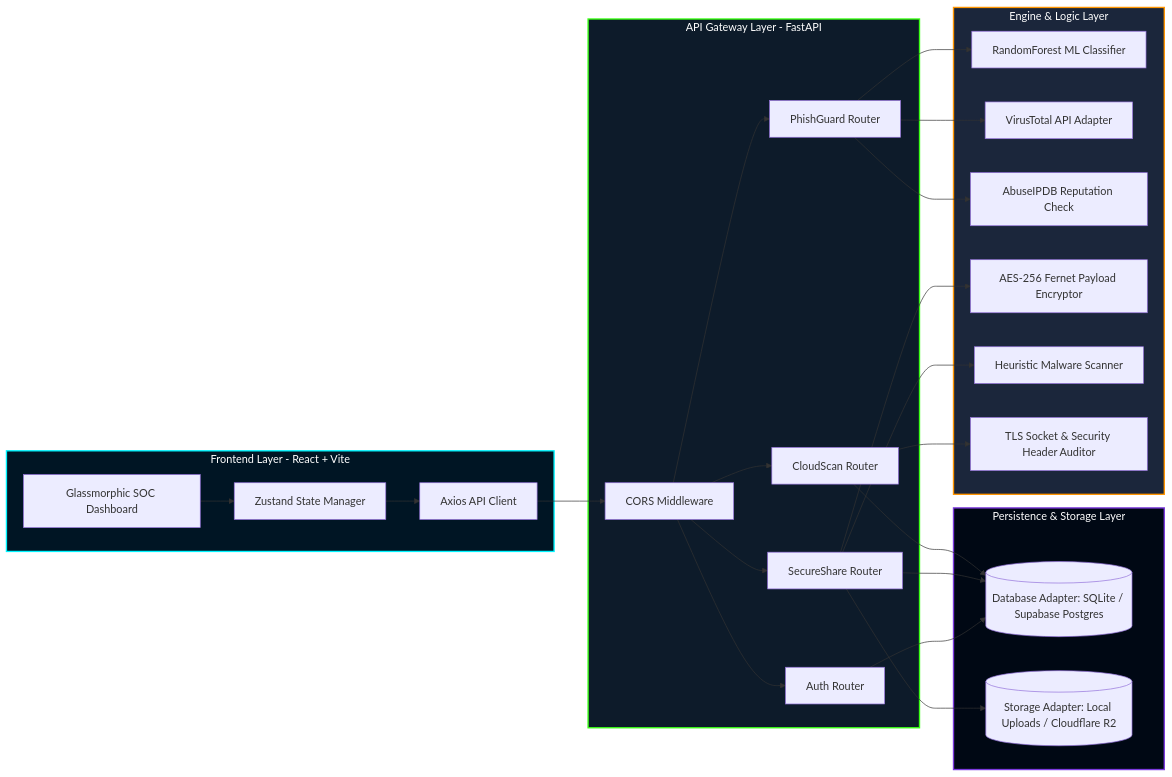
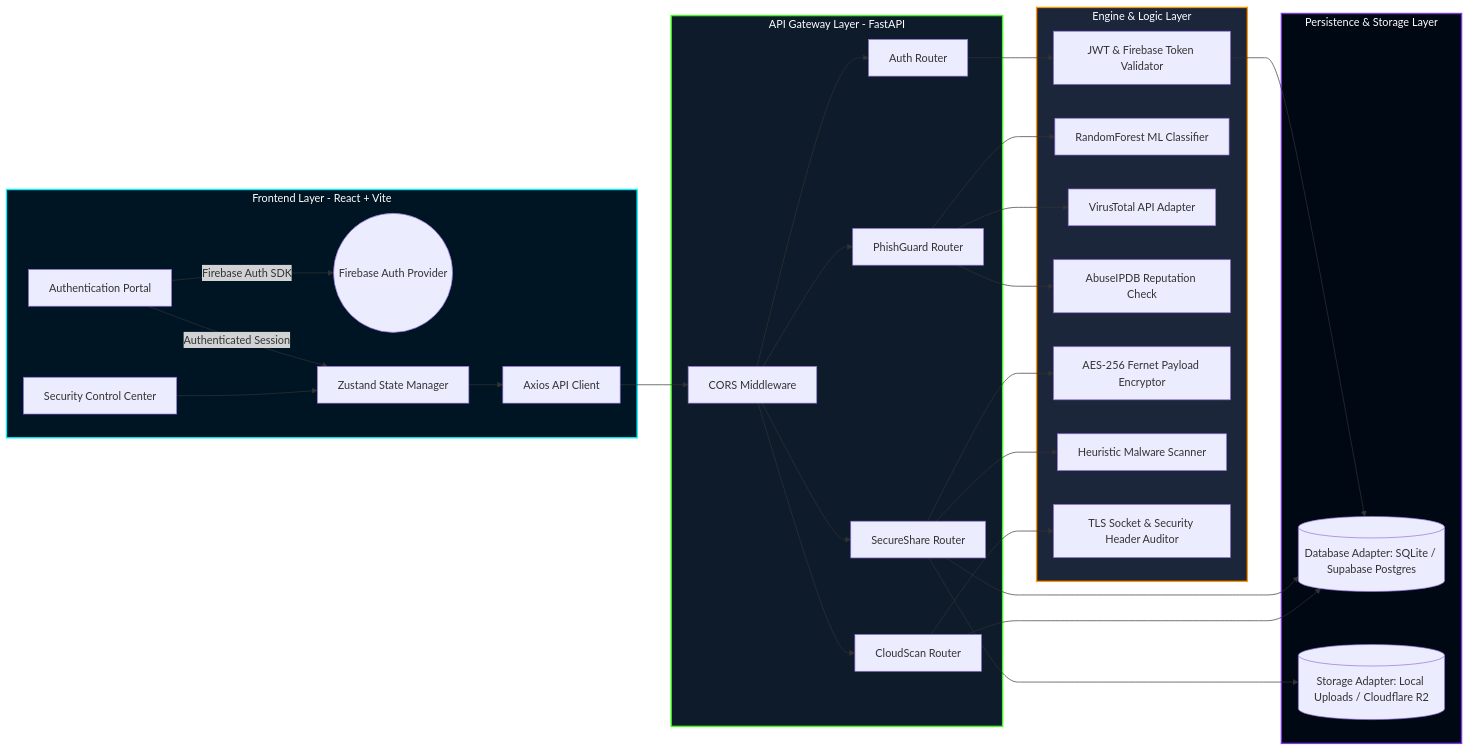
One commit to saturn-16/Cyber-Sphere changed the diagram in README.md. Above: the diagram before and after it, drawn with Mermaid. The commit also changed other lines of this file, not shown here.

Commit message:
docs: update README with architecture and firebase authentication

````diff
--- a/README.md
+++ b/README.md
@@ -16,43 +16,46 @@
 ```mermaid
 graph LR
     %% Frontend Layer
     subgraph Client [Frontend Layer - React + Vite]
-        UI[Glassmorphic SOC Dashboard] --> Store[Zustand State Manager]
+        AuthPortal[Authentication Portal] --> |Firebase Auth SDK| FB_Auth((Firebase Auth Provider))
+        AuthPortal --> |Authenticated Session| Store[Zustand State Manager]
+        UI[Security Control Center] --> Store
         Store --> API_Client[Axios API Client]
     end
 
     %% API Gateway Layer
     subgraph Gateway [API Gateway Layer - FastAPI]
         API_Client --> CORS[CORS Middleware]
         CORS --> AuthRouter[Auth Router]
         CORS --> PhishRouter[PhishGuard Router]
         CORS --> ShareRouter[SecureShare Router]
         CORS --> ScanRouter[CloudScan Router]
     end
 
     %% Engine & Logic Layer
     subgraph Engines [Engine & Logic Layer]
+        AuthRouter --> Token_Val[JWT & Firebase Token Validator]
         PhishRouter --> ML_Engine[RandomForest ML Classifier]
         PhishRouter --> VT_API[VirusTotal API Adapter]
         PhishRouter --> Abuse_API[AbuseIPDB Reputation Check]
         
         ShareRouter --> Fernet_Enc[AES-256 Fernet Payload Encryptor]
         ShareRouter --> Mal_Scanner[Heuristic Malware Scanner]
         
         ScanRouter --> Aud_Scan[TLS Socket & Security Header Auditor]
     end
 
     %% Database & Storage Layer
     subgraph Storage [Persistence & Storage Layer]
-        AuthRouter --> DB_Adapter[(Database Adapter: SQLite / Supabase Postgres)]
+        Token_Val --> DB_Adapter[(Database Adapter: SQLite / Supabase Postgres)]
         ShareRouter --> DB_Adapter
         ShareRouter --> R2_Storage[(Storage Adapter: Local Uploads / Cloudflare R2)]
         ScanRouter --> DB_Adapter
     end
 
     %% Custom Styling
     style Client fill:#001524,stroke:#00f5ff,stroke-width:2px,color:#fff
     style Gateway fill:#0d1b2a,stroke:#39ff14,stroke-width:2px,color:#fff
     style Engines fill:#1b263b,stroke:#ff9500,stroke-width:2px,color:#fff
     style Storage fill:#000814,stroke:#7c3ade,stroke-width:2px,color:#fff
 ```
````
